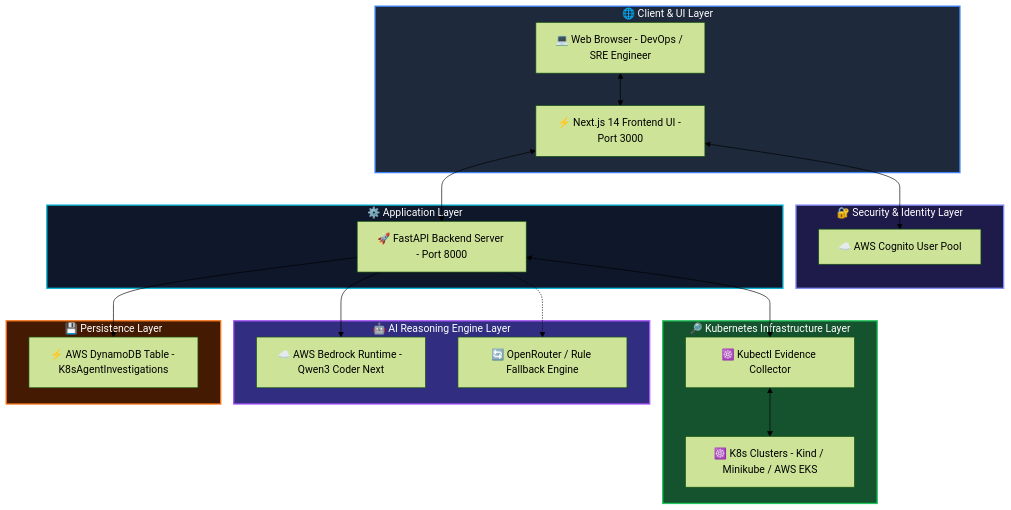
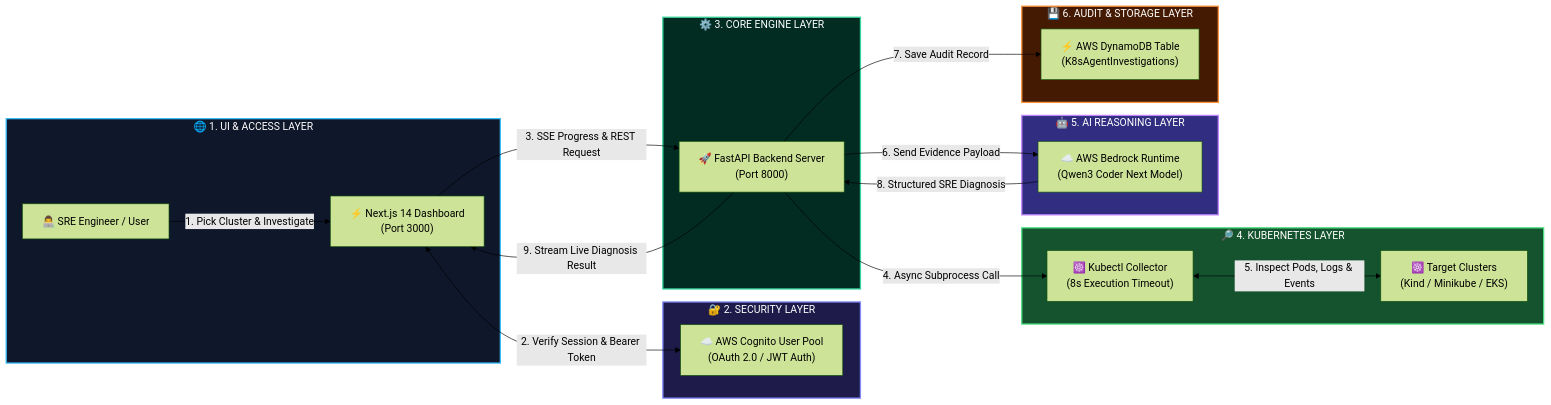
One commit to singhdeepanshu20-droid/AI-DevOps-Kubernetes-Agent changed the first of 2 diagrams in README.md. Above: the diagram before and after it, drawn with Mermaid (forest theme). The commit also changed other lines of this file, not shown here.

Commit message:
docs: beautify High-Level System Architecture diagram (flowchart LR) and format layer breakdown table

````diff
--- a/README.md
+++ b/README.md
@@ -11,43 +11,43 @@
 ```mermaid
-graph TB
-    subgraph Client_Layer ["🌐 Client & UI Layer"]
-        Browser["💻 Web Browser - DevOps / SRE Engineer"]
-        NextJS["⚡ Next.js 14 Frontend UI - Port 3000"]
-        Browser <--> NextJS
+flowchart LR
+    subgraph UI_Layer ["🌐 1. UI & ACCESS LAYER"]
+        User["👨‍💻 SRE Engineer / User"] -->|1. Pick Cluster & Investigate| UI["⚡ Next.js 14 Dashboard\n(Port 3000)"]
     end
 
-    subgraph Auth_Layer ["🔐 Security & Identity Layer"]
-        Cognito["☁️ AWS Cognito User Pool"]
-        NextJS <--> Cognito
+    subgraph Auth_Layer ["🔐 2. SECURITY LAYER"]
+        Cognito["☁️ AWS Cognito User Pool\n(OAuth 2.0 / JWT Auth)"]
+        UI <-->|2. Verify Session & Bearer Token| Cognito
     end
 
-    subgraph API_Layer ["⚙️ Application Layer"]
-        FastAPI["🚀 FastAPI Backend Server - Port 8000"]
-        NextJS <--> FastAPI
+    subgraph Backend_Layer ["⚙️ 3. CORE ENGINE LAYER"]
+        API["🚀 FastAPI Backend Server\n(Port 8000)"]
+        UI -->|3. SSE Progress & REST Request| API
     end
 
-    subgraph Collector_Layer ["🔎 Kubernetes Infrastructure Layer"]
-        Kubectl["☸️ Kubectl Evidence Collector"]
-        FastAPI <--> Kubectl
-        Kubectl <--> K8sClusters["☸️ K8s Clusters - Kind / Minikube / AWS EKS"]
+    subgraph K8s_Layer ["🔎 4. KUBERNETES LAYER"]
+        Inspector["☸️ Kubectl Collector\n(8s Execution Timeout)"]
+        K8sCluster["☸️ Target Clusters\n(Kind / Minikube / EKS)"]
+        API -->|4. Async Subprocess Call| Inspector
+        Inspector <-->|5. Inspect Pods, Logs & Events| K8sCluster
     end
 
-    subgraph AI_Engine_Layer ["🤖 AI Reasoning Engine Layer"]
-        Bedrock["☁️ AWS Bedrock Runtime - Qwen3 Coder Next"]
-        OpenRouter["🔄 OpenRouter / Rule Fallback Engine"]
-        FastAPI --> Bedrock
-        FastAPI -.-> OpenRouter
+    subgraph AI_Layer ["🤖 5. AI REASONING LAYER"]
+        Bedrock["☁️ AWS Bedrock Runtime\n(Qwen3 Coder Next Model)"]
+        API -->|6. Send Evidence Payload| Bedrock
     end
 
-    subgraph Database_Layer ["💾 Persistence Layer"]
-        DynamoDB["⚡ AWS DynamoDB Table - K8sAgentInvestigations"]
-        FastAPI --> DynamoDB
+    subgraph Storage_Layer ["💾 6. AUDIT & STORAGE LAYER"]
+        DynamoDB["⚡ AWS DynamoDB Table\n(K8sAgentInvestigations)"]
+        API -->|7. Save Audit Record| DynamoDB
     end
 
-    style Client_Layer fill:#1e293b,stroke:#3b82f6,stroke-width:2px,color:#fff
+    Bedrock -->|8. Structured SRE Diagnosis| API
+    API -->|9. Stream Live Diagnosis Result| UI
+
+    style UI_Layer fill:#0f172a,stroke:#38bdf8,stroke-width:2px,color:#fff
     style Auth_Layer fill:#1e1b4b,stroke:#818cf8,stroke-width:2px,color:#fff
-    style API_Layer fill:#0f172a,stroke:#06b6d4,stroke-width:2px,color:#fff
-    style Collector_Layer fill:#14532d,stroke:#22c55e,stroke-width:2px,color:#fff
-    style AI_Engine_Layer fill:#312e81,stroke:#a855f7,stroke-width:2px,color:#fff
-    style Database_Layer fill:#451a03,stroke:#f97316,stroke-width:2px,color:#fff
+    style Backend_Layer fill:#022c22,stroke:#34d399,stroke-width:2px,color:#fff
+    style K8s_Layer fill:#14532d,stroke:#4ade80,stroke-width:2px,color:#fff
+    style AI_Layer fill:#312e81,stroke:#c084fc,stroke-width:2px,color:#fff
+    style Storage_Layer fill:#451a03,stroke:#fb923c,stroke-width:2px,color:#fff
 ```
````
